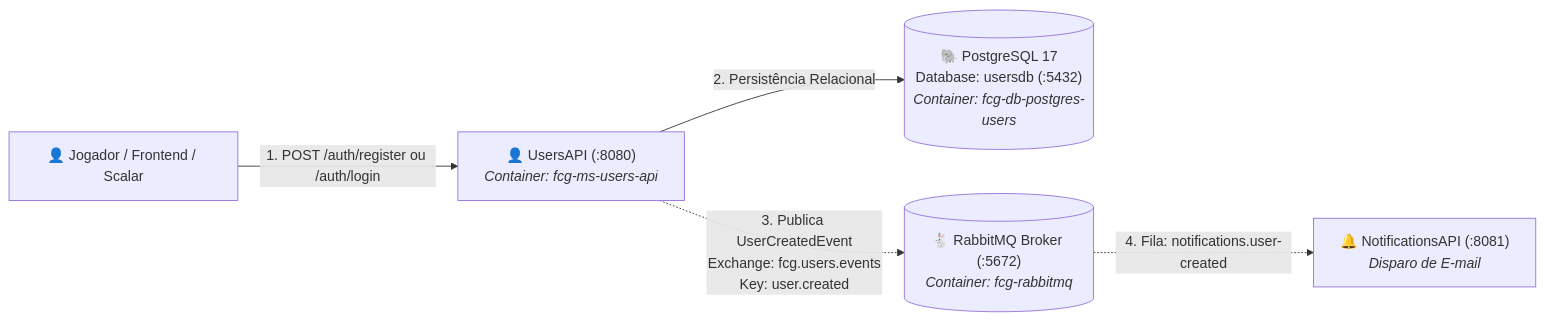
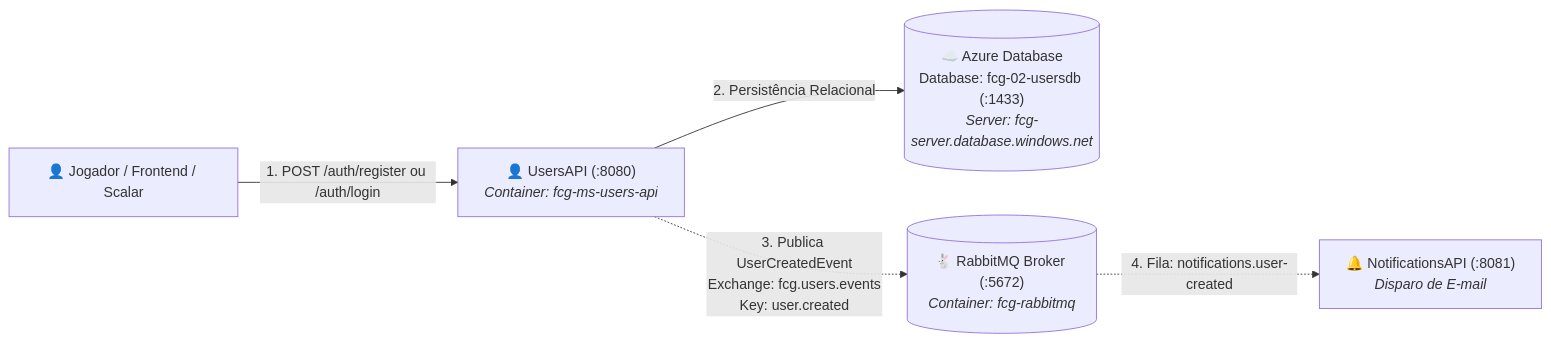
Before and after one commit to idgrego/fcg-fase-02--users: the diagram in README.md, drawn with Mermaid. The commit also changed other lines of this file and 9 other files, not shown here.

````diff
--- a/README.md
+++ b/README.md
@@ -55,10 +55,10 @@
 ```mermaid
 graph LR
     Client["👤 Jogador / Frontend / Scalar"] -->|"1. POST /auth/register ou /auth/login"| UsersAPI["👤 UsersAPI (:8080)<br/><i>Container: fcg-ms-users-api</i>"]
     
-    UsersAPI -->|"2. Persistência Relacional"| DB[("🐘 PostgreSQL 17<br/>Database: usersdb (:5432)<br/><i>Container: fcg-db-postgres-users</i>")]
+    UsersAPI -->|"2. Persistência Relacional"| DB[("☁️ Azure Database<br/>Database: fcg-02-usersdb (:1433)<br/><i>Server: fcg-server.database.windows.net</i>")]
     
     UsersAPI -.->|"3. Publica UserCreatedEvent<br/>Exchange: fcg.users.events<br/>Key: user.created"| Broker[("🐇 RabbitMQ Broker (:5672)<br/><i>Container: fcg-rabbitmq</i>")]
     
     Broker -.->|"4. Fila: notifications.user-created"| Notif["🔔 NotificationsAPI (:8081)<br/><i>Disparo de E-mail</i>"]
 ```
````
